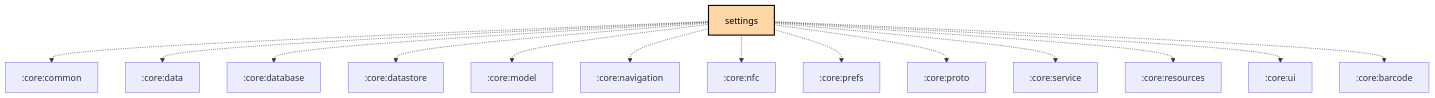
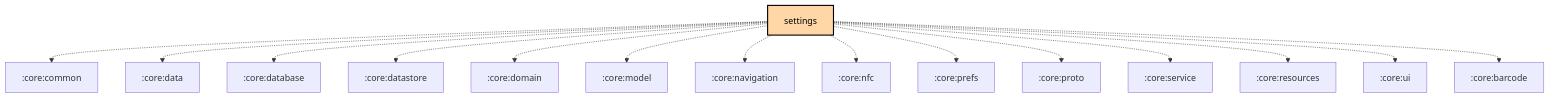
The diagram in feature/settings/README.md (meshtastic/Meshtastic-Android), drawn with Mermaid before and after one commit. The commit also changed 3 other files, not shown here.

Commit message:
chore: Scheduled updates (Firmware, Hardware, Translations, Graphs) (#4683)

````diff
--- a/feature/settings/README.md
+++ b/feature/settings/README.md
@@ -25,28 +25,29 @@
 ```mermaid
 graph TB
   :feature:settings[settings]:::android-feature
   :feature:settings -.-> :core:common
   :feature:settings -.-> :core:data
   :feature:settings -.-> :core:database
   :feature:settings -.-> :core:datastore
+  :feature:settings -.-> :core:domain
   :feature:settings -.-> :core:model
   :feature:settings -.-> :core:navigation
   :feature:settings -.-> :core:nfc
   :feature:settings -.-> :core:prefs
   :feature:settings -.-> :core:proto
   :feature:settings -.-> :core:service
   :feature:settings -.-> :core:resources
   :feature:settings -.-> :core:ui
   :feature:settings -.-> :core:barcode
 
 classDef android-application fill:#CAFFBF,stroke:#000,stroke-width:2px,color:#000;
 classDef android-application-compose fill:#CAFFBF,stroke:#000,stroke-width:2px,color:#000;
 classDef android-feature fill:#FFD6A5,stroke:#000,stroke-width:2px,color:#000;
 classDef android-library fill:#9BF6FF,stroke:#000,stroke-width:2px,color:#000;
 classDef android-library-compose fill:#9BF6FF,stroke:#000,stroke-width:2px,color:#000;
 classDef android-test fill:#A0C4FF,stroke:#000,stroke-width:2px,color:#000;
 classDef jvm-library fill:#BDB2FF,stroke:#000,stroke-width:2px,color:#000;
 classDef kmp-library fill:#FFC1CC,stroke:#000,stroke-width:2px,color:#000;
 classDef unknown fill:#FFADAD,stroke:#000,stroke-width:2px,color:#000;
 
 ```
````
